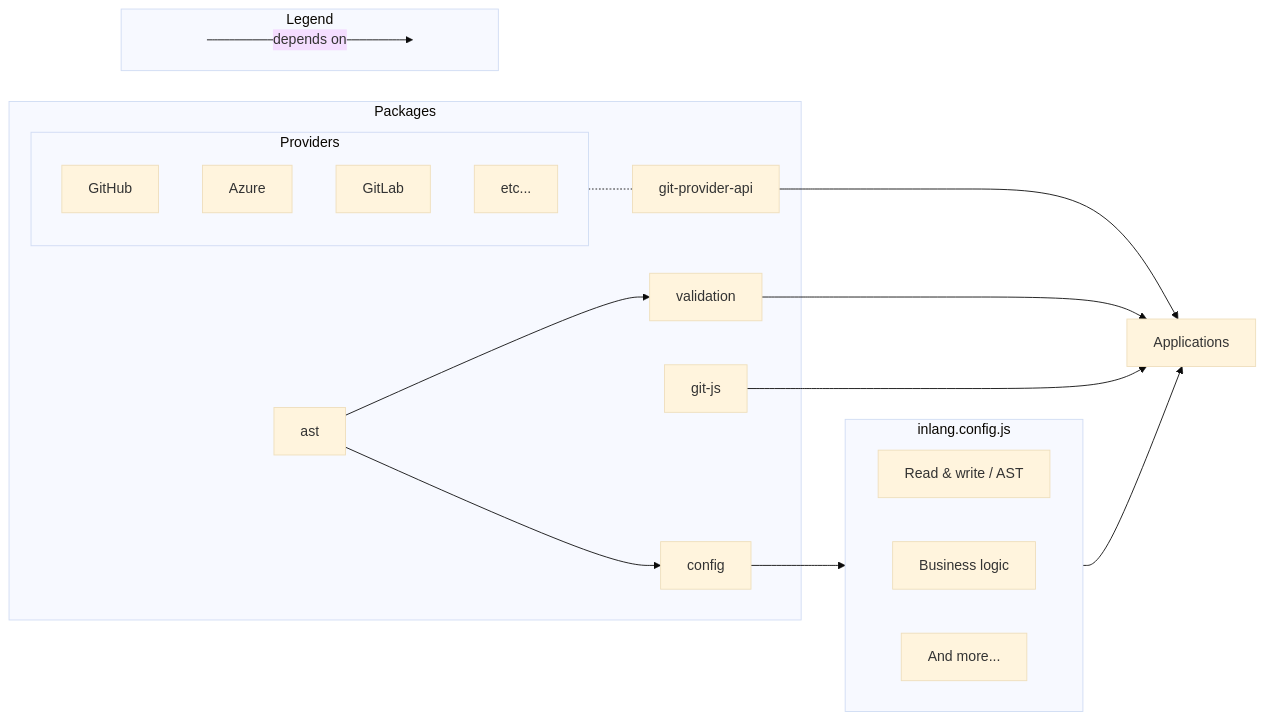
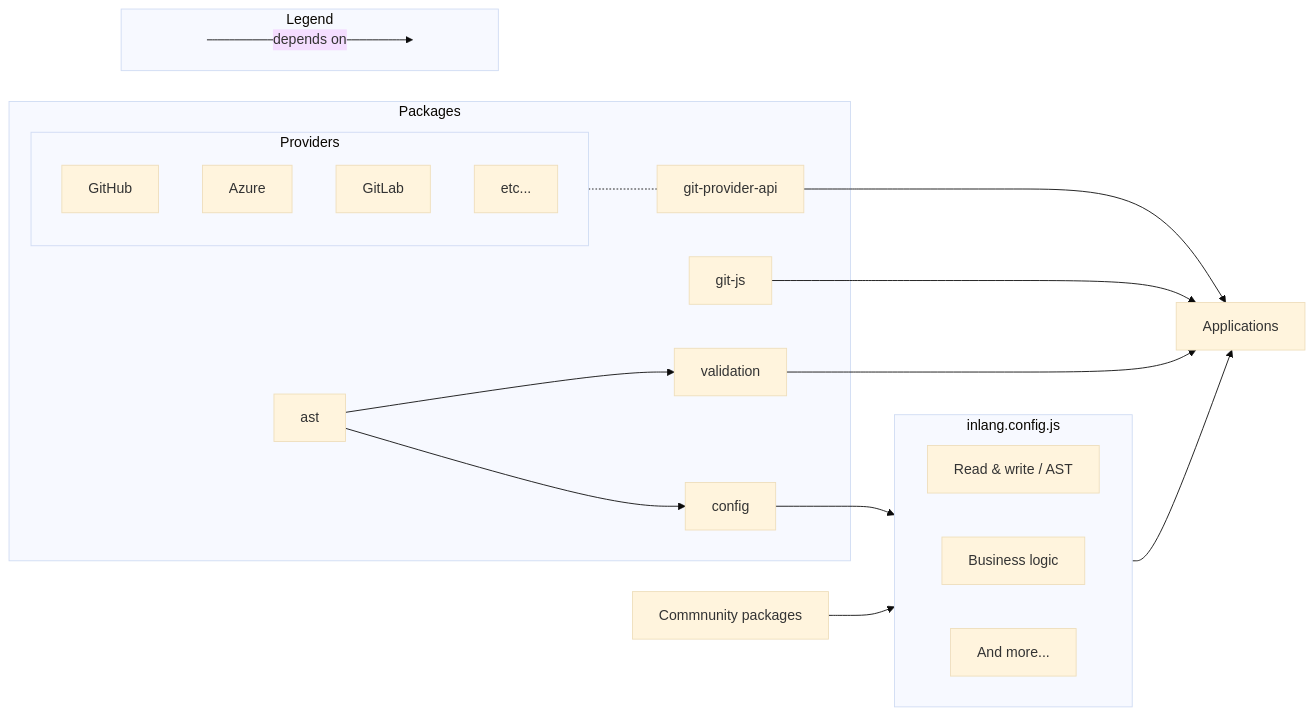
Before and after one commit to opral/monorepo: the fourth of 4 diagrams in rfcs/001-foundational-architecture.md, drawn with Mermaid (base theme). The commit also changed other lines of this file, not shown here.

Commit message:
extend flowchart

````diff
--- a/rfcs/001-foundational-architecture.md
+++ b/rfcs/001-foundational-architecture.md
@@ -447,39 +447,38 @@
 ```mermaid
 flowchart LR
     Applications
     subgraph Packages
         subgraph Providers
                 GitHub
                 Azure
                 GitLab
                 Other[etc...]
         end
         Providers-.-Host
         git[git-js]
         Host[git-provider-api]
         validation
         ast
         config
     end
     subgraph Legend
         direction LR
         start1[ ] --->|depends on| stop1[ ]
         style start1 height:0px;
         style stop1 height:0px;
     end
     subgraph External[inlang.config.js]
         direction LR
         Parsing[Read & write / AST]
         Workflow[Business logic]
         Other2[And more...]
     end
+    Community[Commnunity packages]-->External
     config-->External
     External-->Applications
     Host-->Applications
     validation-->Applications
     git-->Applications
     ast-->config
     ast-->validation
-
-
 ```
````
